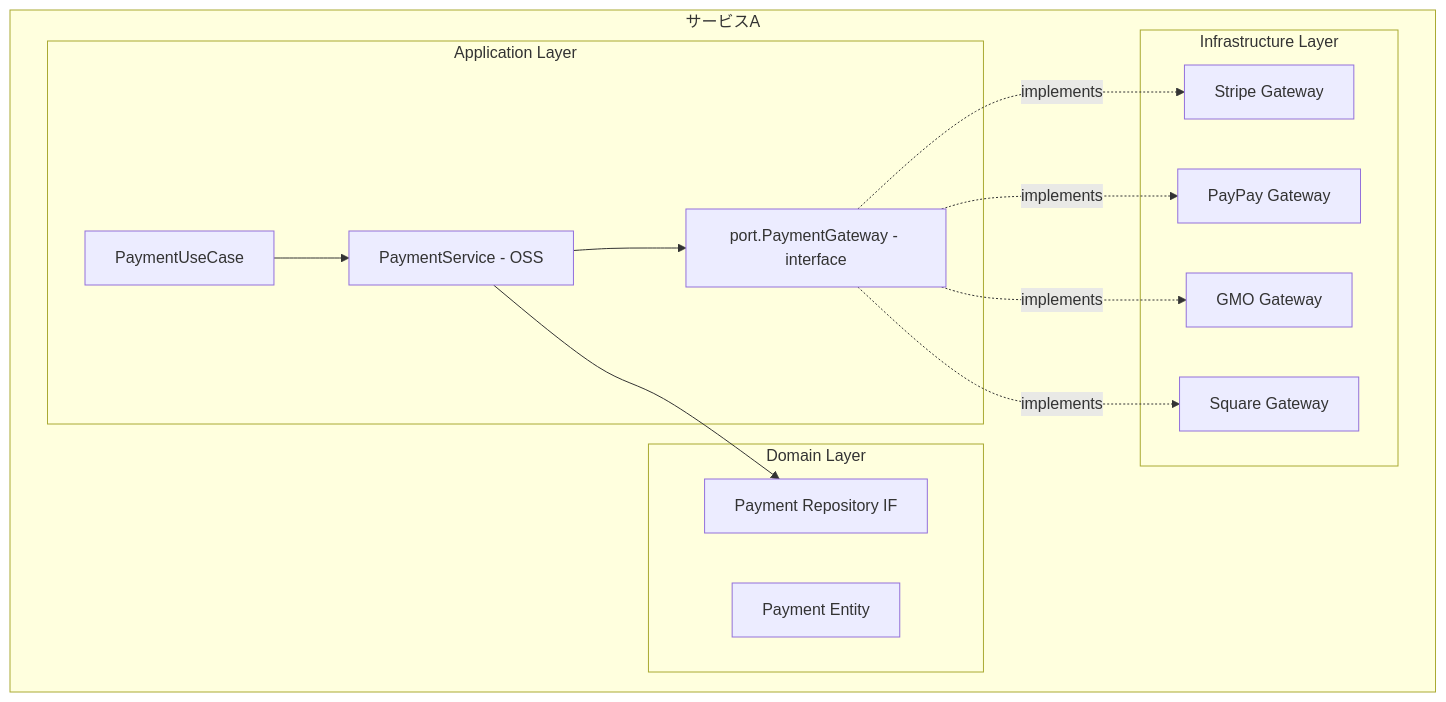
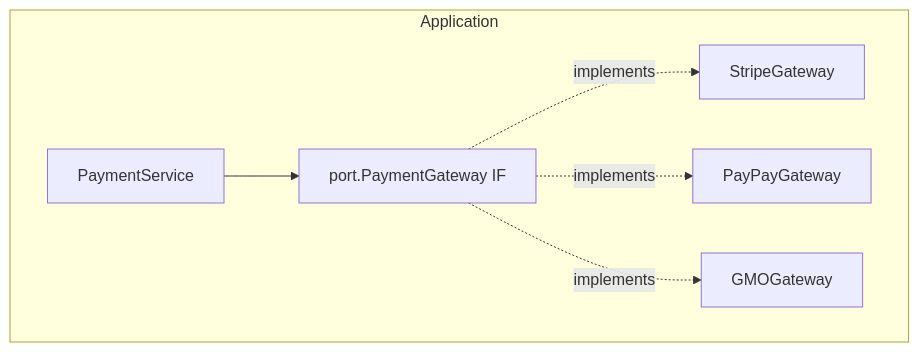
The diagram in docs/design/payment-gateway.md (contract-to-cash/core), drawn with Mermaid before and after one commit. The commit also changed other lines of this file and 15 other files, not shown here.

````diff
--- a/docs/design/payment-gateway.md
+++ b/docs/design/payment-gateway.md
@@ -7,30 +10,9 @@
 ```mermaid
 graph TB
-    subgraph ServiceA[サービスA]
-        subgraph DL[Domain Layer]
-            PE[Payment Entity]
-            PR[Payment Repository IF]
-        end
-
-        subgraph AL[Application Layer]
-            PUC[PaymentUseCase]
-            PS[PaymentService - OSS]
-            PG[port.PaymentGateway - interface]
-            PUC --> PS
-            PS --> PG
-            PS --> PR
-        end
-
-        subgraph IL[Infrastructure Layer]
-            SG[Stripe Gateway]
-            PPG[PayPay Gateway]
-            GMOG[GMO Gateway]
-            SQG[Square Gateway]
-        end
-
-        PG -.->|implements| SG
-        PG -.->|implements| PPG
-        PG -.->|implements| GMOG
-        PG -.->|implements| SQG
+    subgraph Application
+        PS[PaymentService] --> PG[port.PaymentGateway IF]
+        PG -.->|implements| SG[StripeGateway]
+        PG -.->|implements| PPG[PayPayGateway]
+        PG -.->|implements| GMOG[GMOGateway]
     end
 ```
````
